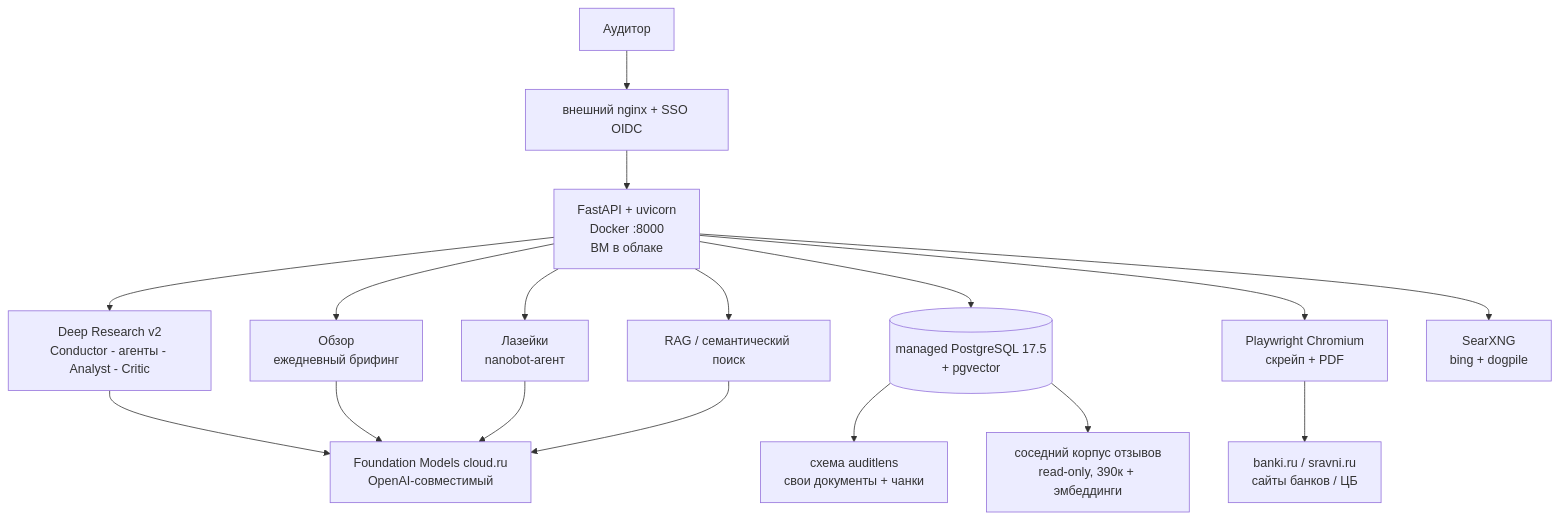
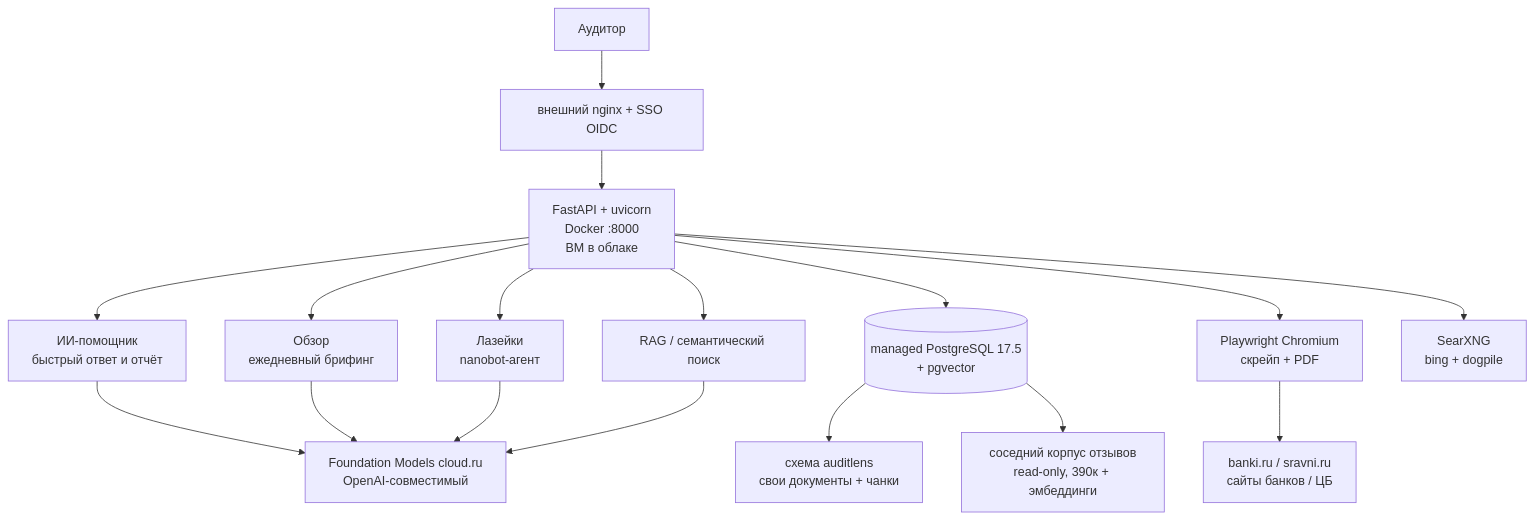
One commit to SashaEee/auditLens changed the first of 2 diagrams in docs/ARCHITECTURE.md. Above: the diagram before and after it, drawn with Mermaid. The commit also changed other lines of this file and 1 other file, not shown here.

First line of the commit message:
Документация: действующая схема ИИ-помощника

````diff
--- a/docs/ARCHITECTURE.md
+++ b/docs/ARCHITECTURE.md
@@ -21,23 +21,23 @@
 ```mermaid
 flowchart TB
     U[Аудитор] --> NG[внешний nginx + SSO OIDC]
     NG --> APP[FastAPI + uvicorn<br/>Docker :8000<br/>ВМ в облаке]
 
-    APP --> DR[Deep Research v2<br/>Conductor - агенты - Analyst - Critic]
+    APP --> DR[ИИ-помощник<br/>быстрый ответ и отчёт]
     APP --> DG[Обзор<br/>ежедневный брифинг]
     APP --> LH[Лазейки<br/>nanobot-агент]
     APP --> RAG[RAG / семантический поиск]
 
     DR --> FM[Foundation Models cloud.ru<br/>OpenAI-совместимый]
     DG --> FM
     LH --> FM
     RAG --> FM
 
     APP --> PG[(managed PostgreSQL 17.5<br/>+ pgvector)]
     PG --> SCH1[схема auditlens<br/>свои документы + чанки]
     PG --> SCH2[соседний корпус отзывов<br/>read-only, 390к + эмбеддинги]
 
     APP --> PW[Playwright Chromium<br/>скрейп + PDF]
     PW --> WEB[banki.ru / sravni.ru<br/>сайты банков / ЦБ]
     APP --> SX[SearXNG<br/>bing + dogpile]
 ```
````
